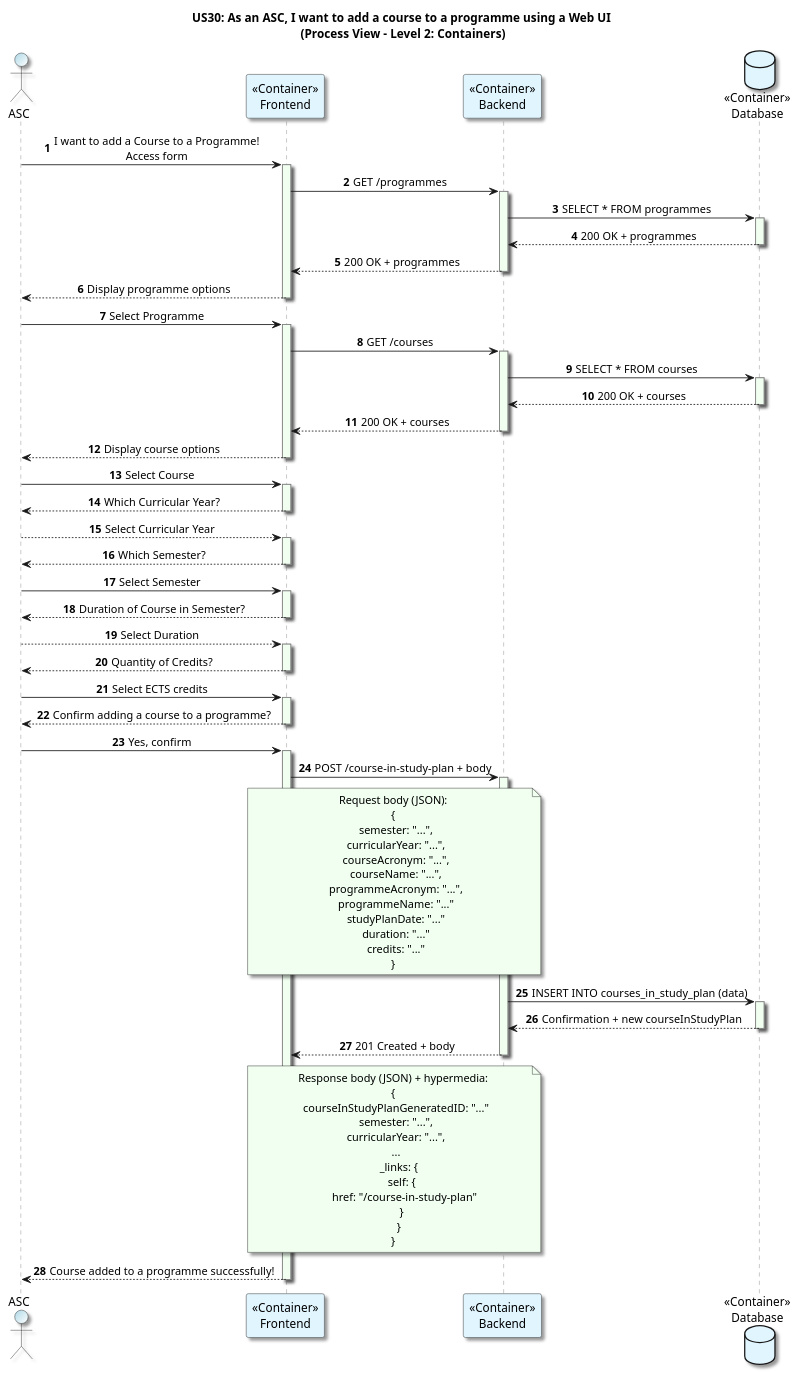
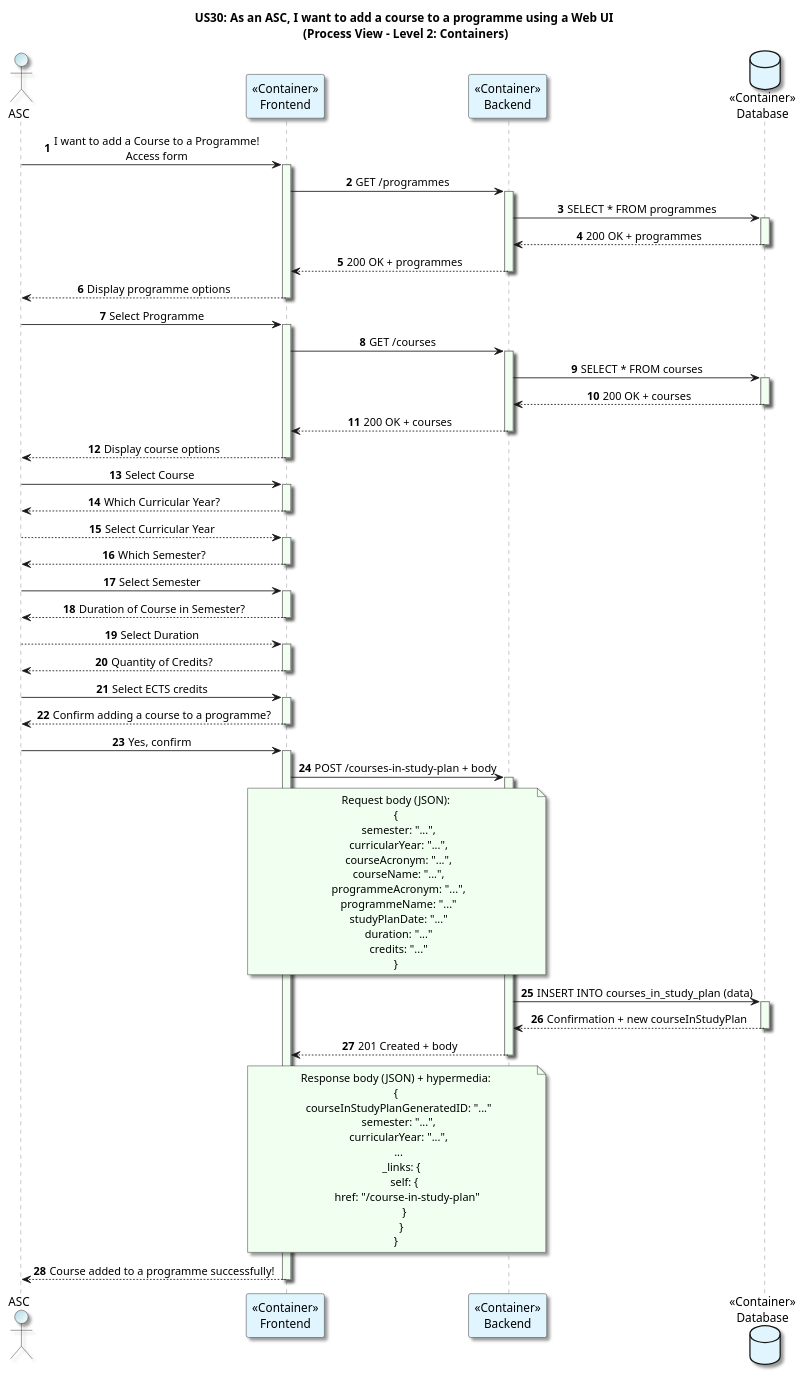
One commit to GasparISEP/DevOps-PAI changed the diagram in docs/US30/Sprint_7/ProcessView/AddCourseToAProgramme_ProcessView_Level2.puml. Above: the diagram before and after it, drawn with PlantUML. The commit also changed 1 other file, not shown here.

Commit message:
docs(process-view level 3): Add level 3 process view diagram (with backend focus) for addCourseToAProgramme functionality (Refs: #701, #705)

```diff
--- a/docs/US30/Sprint_7/ProcessView/AddCourseToAProgramme_ProcessView_Level2.puml
+++ b/docs/US30/Sprint_7/ProcessView/AddCourseToAProgramme_ProcessView_Level2.puml
@@ -1,115 +1,115 @@
 @startuml
 title US30: As an ASC, I want to add a course to a programme using a Web UI\n (Process View - Level 2: Containers)
 autonumber
 
 skinparam {
   ActivityPadding 2
   ActivityMargin 2
   BoxPadding 2
 }
 skinparam sequence {
     LifeLineBorderColor Grey
     LifeLineBackgroundColor HoneyDew
 }
 skinparam defaultTextAlignment center
 skinparam shadowing true
 
 actor ASC  #LightBlue/White
 participant "<<Container>>\nFrontend" as Frontend #E1F5FE
 participant "<<Container>>\nBackend" as Backend #E1F5FE
 database "<<Container>>\nDatabase" as Database #E1F5FE
 
 ASC -> Frontend: I want to add a Course to a Programme!\nAccess form
 activate Frontend
 
 Frontend -> Backend: GET /programmes
 activate Backend
 Backend -> Database: SELECT * FROM programmes
 activate Database
 Database --> Backend: 200 OK + programmes
 deactivate Database
 Backend --> Frontend: 200 OK + programmes
 deactivate Backend
 Frontend --> ASC: Display programme options
 deactivate Frontend
 
 ASC -> Frontend: Select Programme
 activate Frontend
 Frontend -> Backend: GET /courses
 activate Backend
 Backend -> Database: SELECT * FROM courses
 activate Database
 Database --> Backend: 200 OK + courses
 deactivate Database
 Backend --> Frontend: 200 OK + courses
 deactivate Backend
 Frontend --> ASC: Display course options
 deactivate Frontend
 
 ASC -> Frontend: Select Course
 activate Frontend
 Frontend --> ASC: Which Curricular Year?
 deactivate Frontend
 
 ASC --> Frontend: Select Curricular Year
 activate Frontend
 Frontend --> ASC: Which Semester?
 deactivate Frontend
 
 ASC -> Frontend: Select Semester
 activate Frontend
 Frontend --> ASC: Duration of Course in Semester?
 deactivate Frontend
 
 ASC --> Frontend: Select Duration
 activate Frontend
 Frontend --> ASC: Quantity of Credits?
 deactivate Frontend
 
 ASC -> Frontend: Select ECTS credits
 activate Frontend
 Frontend --> ASC: Confirm adding a course to a programme?
 deactivate Frontend
 
 
 ASC -> Frontend: Yes, confirm
 activate Frontend
-Frontend -> Backend: POST /course-in-study-plan + body
+Frontend -> Backend: POST /courses-in-study-plan + body
 note over Frontend, Backend #HoneyDew
 Request body (JSON):
 {
   semester: "...",
   curricularYear: "...",
   courseAcronym: "...",
   courseName: "...",
   programmeAcronym: "...",
   programmeName: "..."
   studyPlanDate: "..."
   duration: "..."
   credits: "..."
 }
 end note
 activate Backend
 Backend -> Database: INSERT INTO courses_in_study_plan (data)
 activate Database
 Database --> Backend: Confirmation + new courseInStudyPlan
 deactivate Database
 Backend --> Frontend: 201 Created + body
 note over Backend, Frontend #HoneyDew
 Response body (JSON) + hypermedia:
 {
   courseInStudyPlanGeneratedID: "..."
   semester: "...",
   curricularYear: "...",
   ...
     _links: {
       self: {
         href: "/course-in-study-plan"
       }
     }
 }
 end note
 deactivate Backend
 Frontend --> ASC: Course added to a programme successfully!
 deactivate Frontend
 @enduml
```
